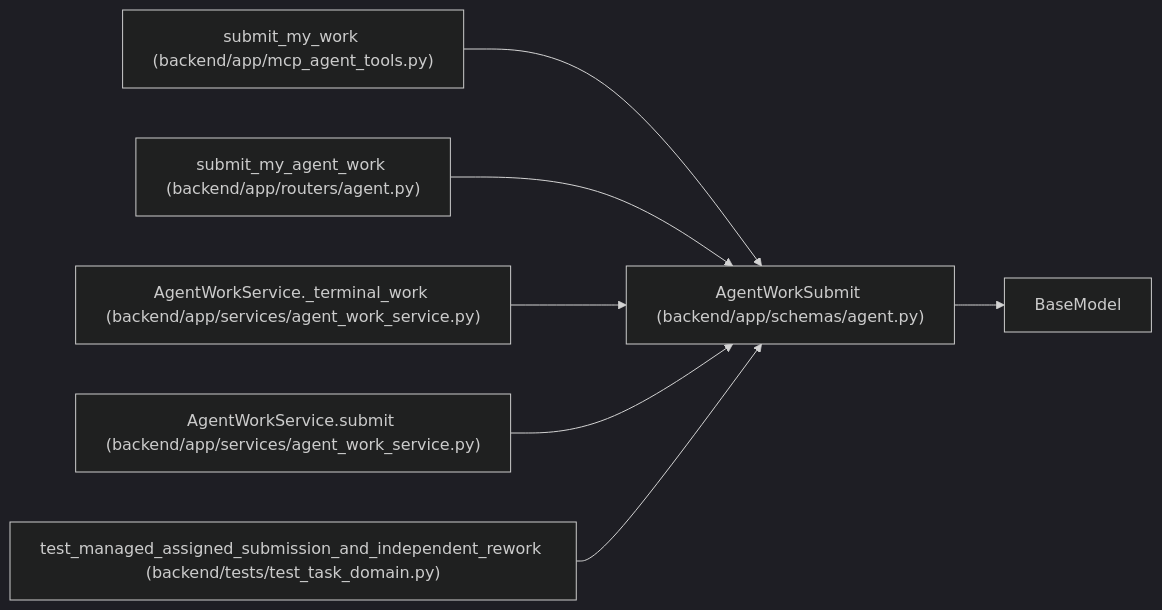
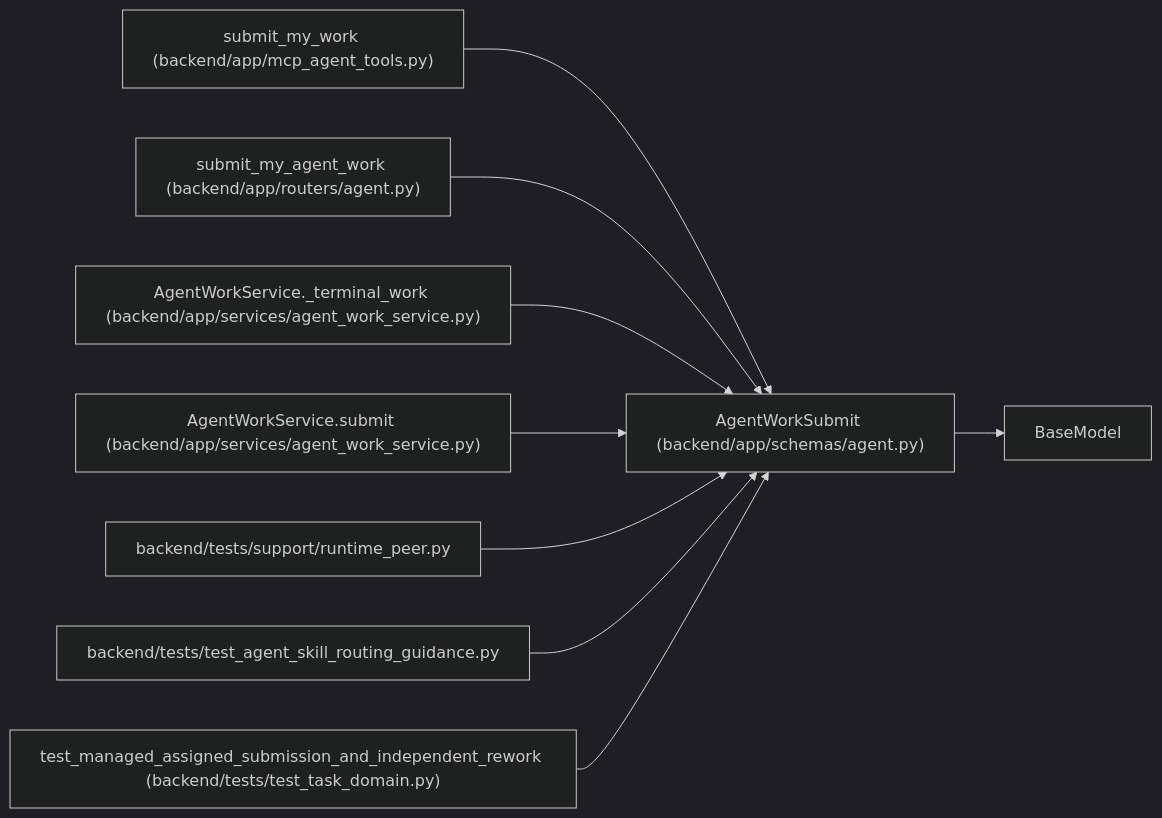
The diagram in docs/llm_wiki/entities/AgentWorkSubmit.md (Denissvgn/WorkChord), drawn with Mermaid (dark theme) before and after one commit. The commit also changed other lines of this file and 6624 other files, not shown here.

````diff
--- a/docs/llm_wiki/entities/AgentWorkSubmit.md
+++ b/docs/llm_wiki/entities/AgentWorkSubmit.md
@@ -53,22 +53,28 @@
 ```mermaid
 flowchart LR
     n0["AgentWorkSubmit (backend/app/schemas/agent.py)"]
     n1["BaseModel"]
     n2["submit_my_work (backend/app/mcp_agent_tools.py)"]
     n3["submit_my_agent_work (backend/app/routers/agent.py)"]
     n4["AgentWorkService._terminal_work (backend/app/services/agent_work_service.py)"]
     n5["AgentWorkService.submit (backend/app/services/agent_work_service.py)"]
-    n6["test_managed_assigned_submission_and_independent_rework (backend/tests/test_task_domain.py)"]
+    n6["backend/tests/support/runtime_peer.py"]
+    n7["backend/tests/test_agent_skill_routing_guidance.py"]
+    n8["test_managed_assigned_submission_and_independent_rework (backend/tests/test_task_domain.py)"]
     n0 --> n1
     n2 --> n0
     n3 --> n0
     n4 --> n0
     n5 --> n0
     n6 --> n0
+    n7 --> n0
+    n8 --> n0
     click n0 "../modules/schemas_agent.md"
     click n2 "../modules/mcp_agent_tools.md"
     click n3 "../modules/routers_agent.md"
     click n4 "../modules/agent_work_service.md"
     click n5 "../modules/agent_work_service.md"
-    click n6 "../modules/test_task_domain.md"
+    click n6 "../modules/runtime_peer.md"
+    click n7 "../modules/test_agent_skill_routing_guidance.md"
+    click n8 "../modules/test_task_domain.md"
 ```
````
